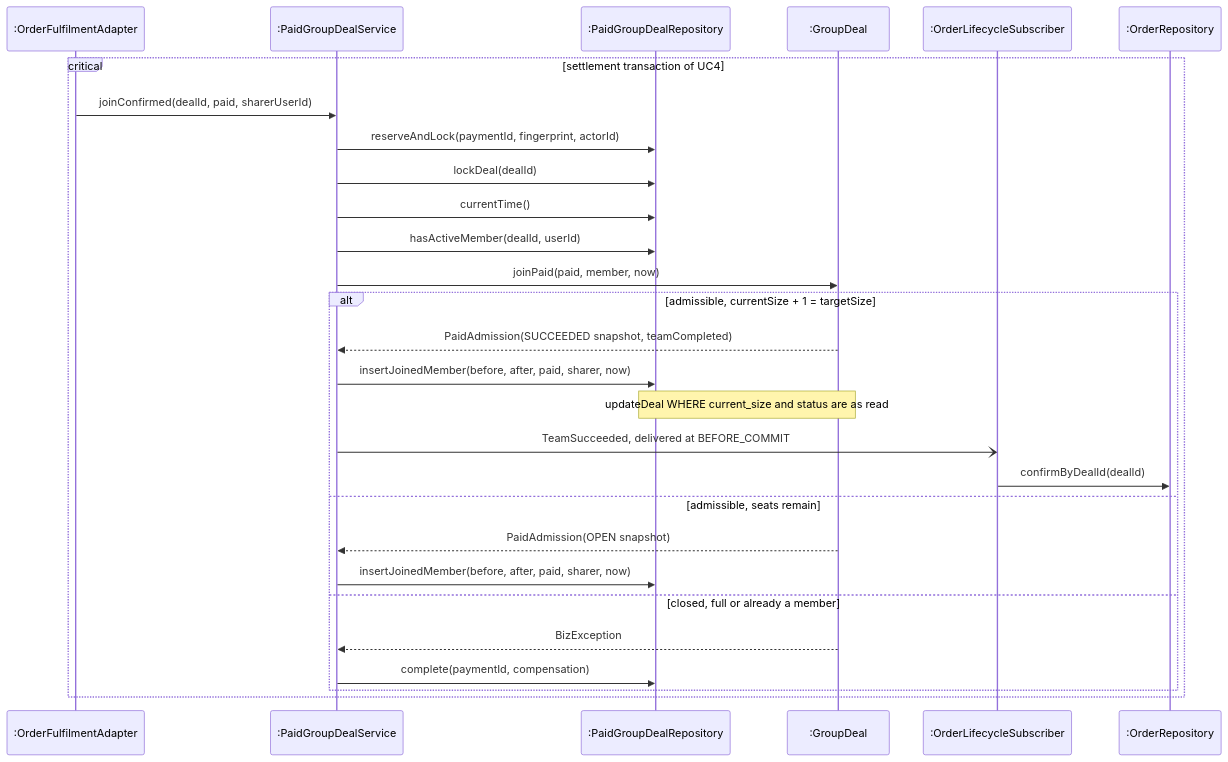
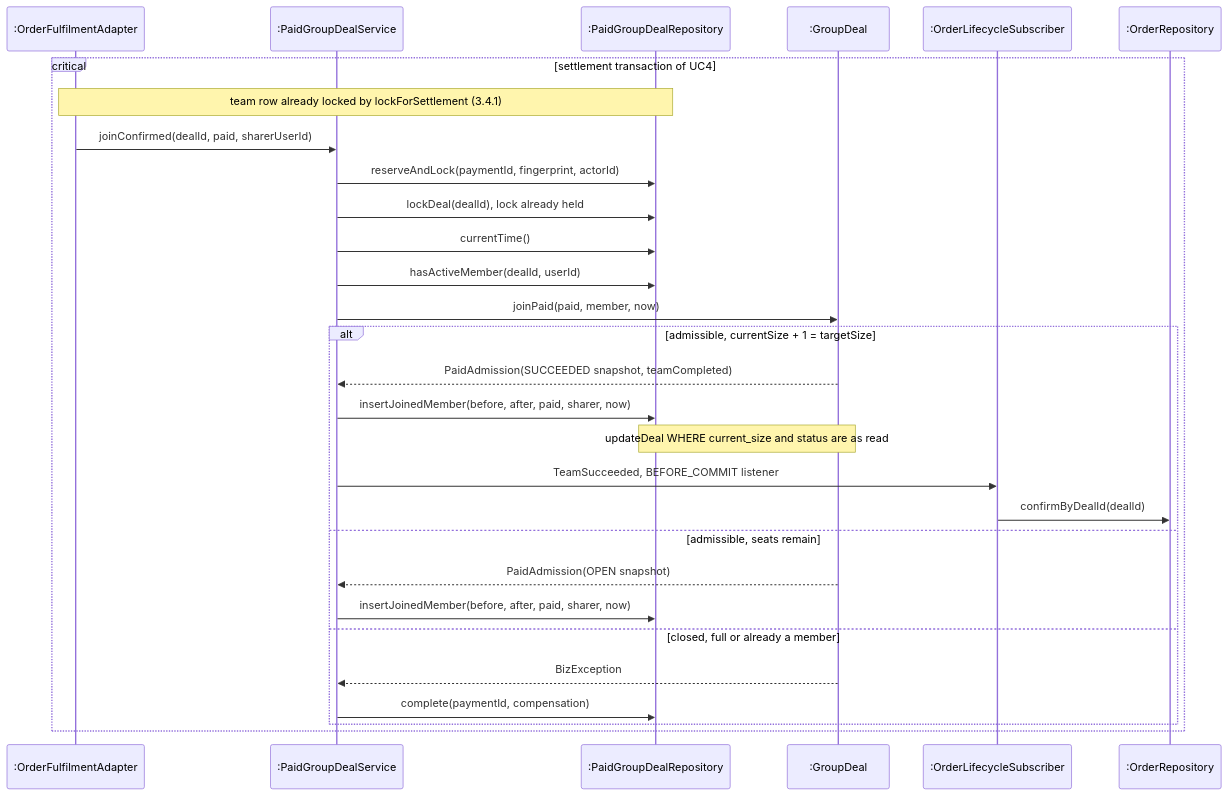
Diagram 16 of 17 in docs/swe5006/report/sections/03-4-5-liu-jin.md (PPsyrius/iss-groupbuy-team8), drawn with Mermaid before and after one commit. The commit also changed other lines of this file and 17 other files, not shown here.

````diff
--- a/docs/swe5006/report/sections/03-4-5-liu-jin.md
+++ b/docs/swe5006/report/sections/03-4-5-liu-jin.md
@@ -826,30 +826,31 @@
 ```mermaid
 sequenceDiagram
     participant F as :OrderFulfilmentAdapter
     participant S as :PaidGroupDealService
     participant R as :PaidGroupDealRepository
     participant G as :GroupDeal
     participant O as :OrderLifecycleSubscriber
     participant Y as :OrderRepository
     critical settlement transaction of UC4
+        Note over F,R: team row already locked by lockForSettlement (3.4.1)
         F->>S: joinConfirmed(dealId, paid, sharerUserId)
         S->>R: reserveAndLock(paymentId, fingerprint, actorId)
-        S->>R: lockDeal(dealId)
+        S->>R: lockDeal(dealId), lock already held
         S->>R: currentTime()
         S->>R: hasActiveMember(dealId, userId)
         S->>G: joinPaid(paid, member, now)
         alt admissible, currentSize + 1 = targetSize
             G-->>S: PaidAdmission(SUCCEEDED snapshot, teamCompleted)
             S->>R: insertJoinedMember(before, after, paid, sharer, now)
             Note over R,G: updateDeal WHERE current_size and status are as read
-            S-)O: TeamSucceeded, delivered at BEFORE_COMMIT
+            S->>O: TeamSucceeded, BEFORE_COMMIT listener
             O->>Y: confirmByDealId(dealId)
         else admissible, seats remain
             G-->>S: PaidAdmission(OPEN snapshot)
             S->>R: insertJoinedMember(before, after, paid, sharer, now)
         else closed, full or already a member
             G-->>S: BizException
             S->>R: complete(paymentId, compensation)
         end
     end
 ```
````
